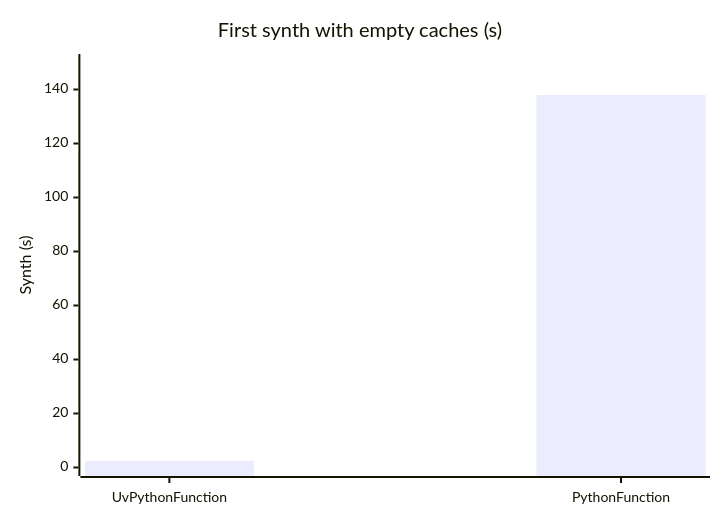
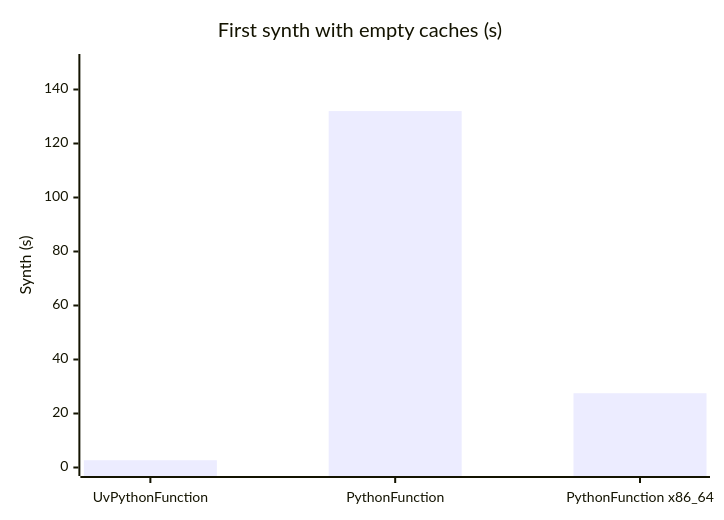
The third of 3 diagrams in cdk/lambda-python-uv-enhanced/README.md (garysassano/aws-examples), drawn with Mermaid before and after one commit. The commit also changed other lines of this file, not shown here.

First line of the commit message:
docs(cdk/lambda-python-uv-enhanced): time the official construct's build for an x86_64 target too (#31)

````diff
--- a/cdk/lambda-python-uv-enhanced/README.md
+++ b/cdk/lambda-python-uv-enhanced/README.md
@@ -77,7 +79,7 @@
 ```mermaid
 xychart-beta
   title "First synth with empty caches (s)"
-  x-axis ["UvPythonFunction", "PythonFunction"]
+  x-axis ["UvPythonFunction", "PythonFunction", "PythonFunction x86_64"]
   y-axis "Synth (s)" 0 --> 150
-  bar [2.5, 138]
+  bar [2.7, 132, 27.5]
 ```
````
